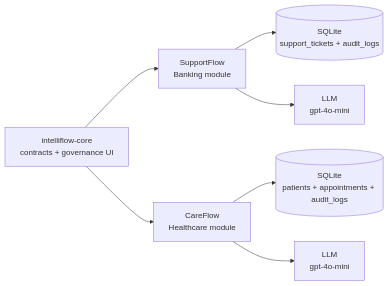
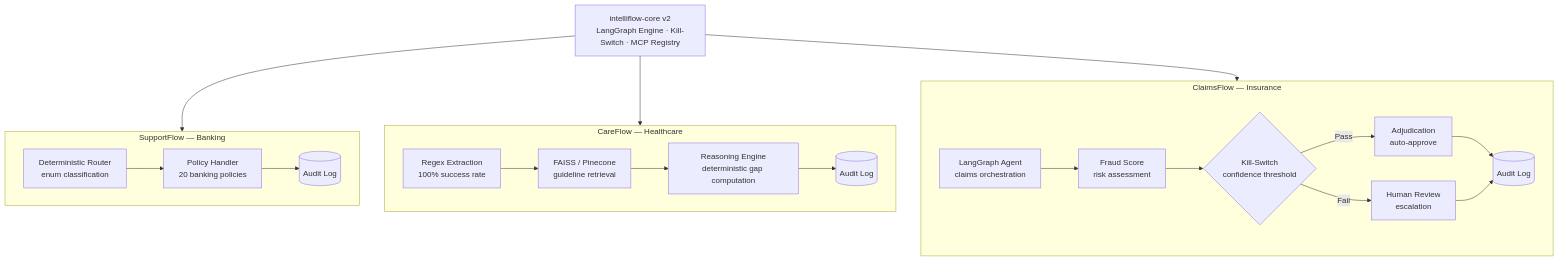
One commit to kmufti7/intelliflow-os changed the second of 6 diagrams in ARCHITECTURE.md. Above: the diagram before and after it, drawn with Mermaid. The commit also changed other lines of this file and 1 other file, not shown here.

Commit message:
fix: replace stale ARCHITECTURE.md diagrams with middleware-first architecture + add content validation to verify_cascade

````diff
--- a/ARCHITECTURE.md
+++ b/ARCHITECTURE.md
@@ -57,11 +57,28 @@
 ```mermaid
-flowchart LR
-  A[intelliflow-core<br/>contracts + governance UI] --> B[SupportFlow<br/>Banking module]
-  A --> C[CareFlow<br/>Healthcare module]
+flowchart TD
+  CORE[intelliflow-core v2<br/>LangGraph Engine · Kill-Switch · MCP Registry]
 
-  B --> D[(SQLite<br/>support_tickets + audit_logs)]
-  C --> E[(SQLite<br/>patients + appointments + audit_logs)]
+  CORE --> SF_MOD
+  CORE --> CF_MOD
+  CORE --> CLF_MOD
 
-  B --> F[LLM<br/>gpt-4o-mini]
-  C --> G[LLM<br/>gpt-4o-mini]
+  subgraph SF_MOD["SupportFlow — Banking"]
+    SF_RR[Deterministic Router<br/>enum classification] --> SF_PH[Policy Handler<br/>20 banking policies]
+    SF_PH --> SF_AL[(Audit Log)]
+  end
+
+  subgraph CF_MOD["CareFlow — Healthcare"]
+    CF_EX[Regex Extraction<br/>100% success rate] --> CF_KB[FAISS / Pinecone<br/>guideline retrieval]
+    CF_KB --> CF_RE[Reasoning Engine<br/>deterministic gap computation]
+    CF_RE --> CF_AL[(Audit Log)]
+  end
+
+  subgraph CLF_MOD["ClaimsFlow — Insurance"]
+    CLF_LG[LangGraph Agent<br/>claims orchestration] --> CLF_FS[Fraud Score<br/>risk assessment]
+    CLF_FS --> CLF_KS{Kill-Switch<br/>confidence threshold}
+    CLF_KS -->|Pass| CLF_ADJ[Adjudication<br/>auto-approve]
+    CLF_KS -->|Fail| CLF_ESC[Human Review<br/>escalation]
+    CLF_ADJ --> CLF_AL[(Audit Log)]
+    CLF_ESC --> CLF_AL
+  end
 ```
````
